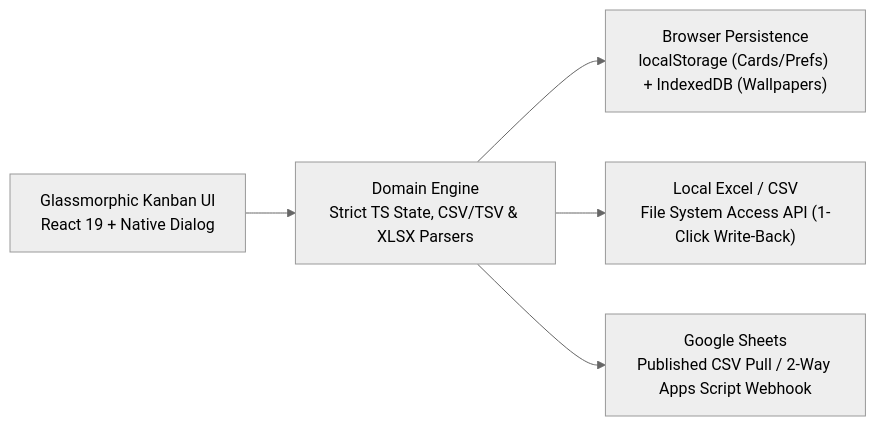
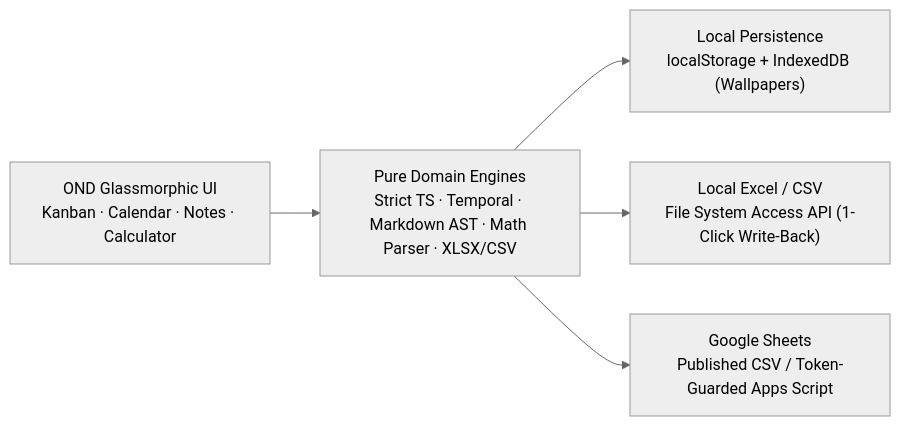
Before and after one commit to KRSTIVN/ond: the diagram in README.md, drawn with Mermaid (neutral theme). The commit also changed other lines of this file and 21 other files, not shown here.

Commit message:
feat: add Temporal Calendar, Markdown Notes, and Scientific & Profession-Formula Calculator

````diff
--- a/README.md
+++ b/README.md
@@ -48,7 +51,7 @@
 ```mermaid
 flowchart LR
-  UI["Glassmorphic Kanban UI<br/>React 19 + Native Dialog"] --> Domain["Domain Engine<br/>Strict TS State, CSV/TSV & XLSX Parsers"]
-  Domain --> Local["Browser Persistence<br/>localStorage (Cards/Prefs) + IndexedDB (Wallpapers)"]
+  UI["OND Glassmorphic UI<br/>Kanban · Calendar · Notes · Calculator"] --> Domain["Pure Domain Engines<br/>Strict TS · Temporal · Markdown AST · Math Parser · XLSX/CSV"]
+  Domain --> Local["Local Persistence<br/>localStorage + IndexedDB (Wallpapers)"]
   Domain --> Excel["Local Excel / CSV<br/>File System Access API (1-Click Write-Back)"]
-  Domain --> Sheets["Google Sheets<br/>Published CSV Pull / 2-Way Apps Script Webhook"]
+  Domain --> Sheets["Google Sheets<br/>Published CSV / Token-Guarded Apps Script"]
 ```
````
